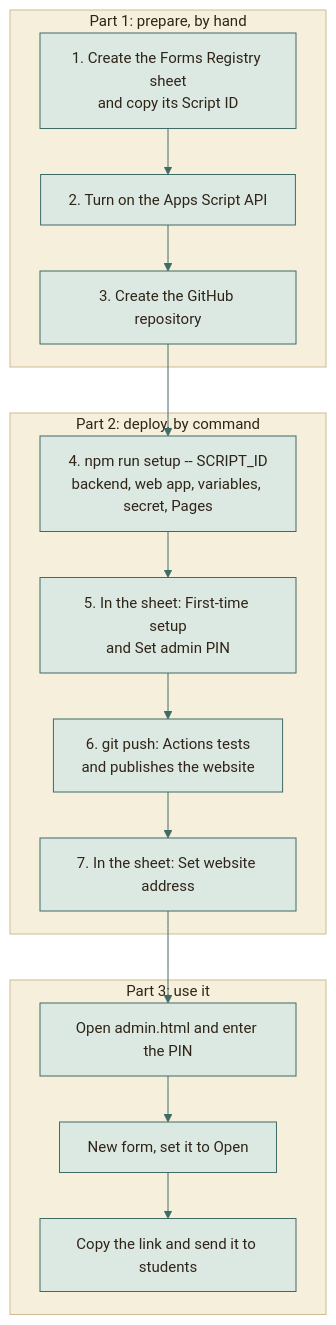
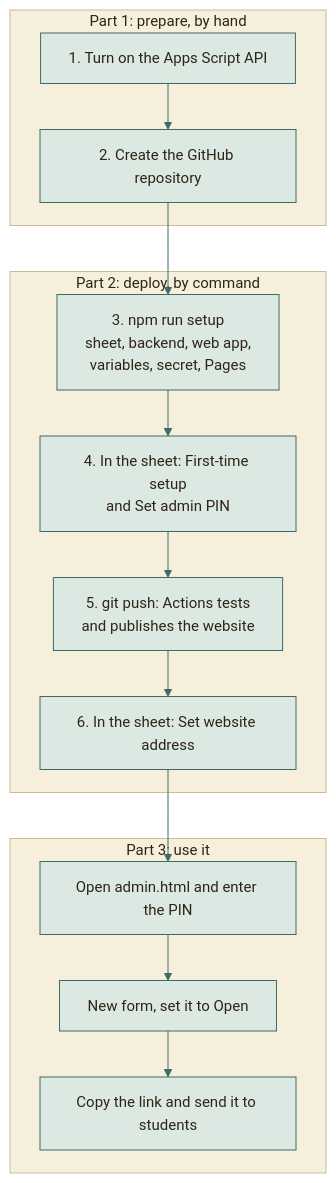
Before and after one commit to moyeh04/forms-platform: the diagram in docs/DEPLOY.md, drawn with Mermaid. The commit also changed other lines of this file and 8 other files, not shown here.

First line of the commit message:
feat(deploy): Create the registry sheet during setup

````diff
--- a/docs/DEPLOY.md
+++ b/docs/DEPLOY.md
@@ -20,46 +20,45 @@
 ```mermaid
 %%{init: {
   'theme': 'base',
   'themeVariables': {
     'fontFamily': 'ui-sans-serif, system-ui, -apple-system, Segoe UI, Roboto, sans-serif',
     'fontSize': '15px',
     'primaryColor': '#DCE9E2', 'primaryBorderColor': '#3F6B66', 'primaryTextColor': '#2F2418',
     'secondaryColor': '#F0E4C8', 'secondaryBorderColor': '#C9A24A', 'secondaryTextColor': '#2F2418',
     'tertiaryColor': '#F6EFDC', 'tertiaryBorderColor': '#CDBB94', 'tertiaryTextColor': '#2F2418',
     'lineColor': '#3F6B66', 'textColor': '#2F2418', 'mainBkg': '#DCE9E2', 'nodeBorder': '#3F6B66',
     'clusterBkg': '#F6EFDC', 'clusterBorder': '#CDBB94', 'titleColor': '#2F2418',
     'edgeLabelBackground': '#F8F1DD',
     'actorBkg': '#DCE9E2', 'actorBorder': '#3F6B66', 'actorTextColor': '#2F2418', 'actorLineColor': '#8FB3AB',
     'signalColor': '#477A73', 'signalTextColor': '#477A73',
     'labelBoxBkgColor': '#F0E4C8', 'labelBoxBorderColor': '#C9A24A', 'labelTextColor': '#2F2418', 'loopTextColor': '#6A5A44',
     'noteBkgColor': '#FBEFC9', 'noteBorderColor': '#C9A24A', 'noteTextColor': '#2F2418',
     'activationBkgColor': '#DCE9E2', 'activationBorderColor': '#3F6B66', 'sequenceNumberColor': '#F8F1DD',
     'transitionColor': '#3F6B66', 'stateLabelColor': '#2F2418', 'stateBkg': '#DCE9E2', 'altBackground': '#F6EFDC',
     'attributeBackgroundColorOdd': '#F8F1DD', 'attributeBackgroundColorEven': '#F0E4C8'
   },
   'flowchart': {'curve': 'basis', 'padding': 14, 'nodeSpacing': 40, 'rankSpacing': 46},
   'sequence': {'mirrorActors': false, 'messageMargin': 34, 'boxMargin': 8}
 }}%%
 flowchart TD
     subgraph P1["Part 1: prepare, by hand"]
-        a1["1. Create the Forms Registry sheet<br/>and copy its Script ID"] --> a2["2. Turn on the Apps Script API"]
-        a2 --> a3["3. Create the GitHub repository"]
+        a1["1. Turn on the Apps Script API"] --> a2["2. Create the GitHub repository"]
     end
-    a3 --> b1
+    a2 --> b1
     subgraph P2["Part 2: deploy, by command"]
-        b1["4. npm run setup -- SCRIPT_ID<br/>backend, web app, variables, secret, Pages"] --> b2["5. In the sheet: First-time setup<br/>and Set admin PIN"]
-        b2 --> b3["6. git push: Actions tests<br/>and publishes the website"]
-        b3 --> b4["7. In the sheet: Set website address"]
+        b1["3. npm run setup<br/>sheet, backend, web app,<br/>variables, secret, Pages"] --> b2["4. In the sheet: First-time setup<br/>and Set admin PIN"]
+        b2 --> b3["5. git push: Actions tests<br/>and publishes the website"]
+        b3 --> b4["6. In the sheet: Set website address"]
     end
     b4 --> c1
     subgraph P3["Part 3: use it"]
         c1["Open admin.html and enter the PIN"] --> c2["New form, set it to Open"]
         c2 --> c3["Copy the link and send it to students"]
     end
     classDef cDb fill:#F3E2B3,stroke:#B8892D,stroke-width:1.5px,color:#2F2418
     classDef cActor fill:#F4D9D3,stroke:#9A3328,stroke-width:1.5px,color:#2F2418
     classDef cDec fill:#FBEFC9,stroke:#C9A24A,stroke-width:1.5px,color:#2F2418
     classDef cEnd fill:#2F2418,stroke:#2F2418,color:#F8F1DD
     classDef cErr fill:#F6D5CF,stroke:#A12B1F,stroke-width:1.5px,color:#5A140C
     classDef cOk fill:#BFD9CF,stroke:#2E5A55,stroke-width:1.5px,color:#17302D
 ```
````
